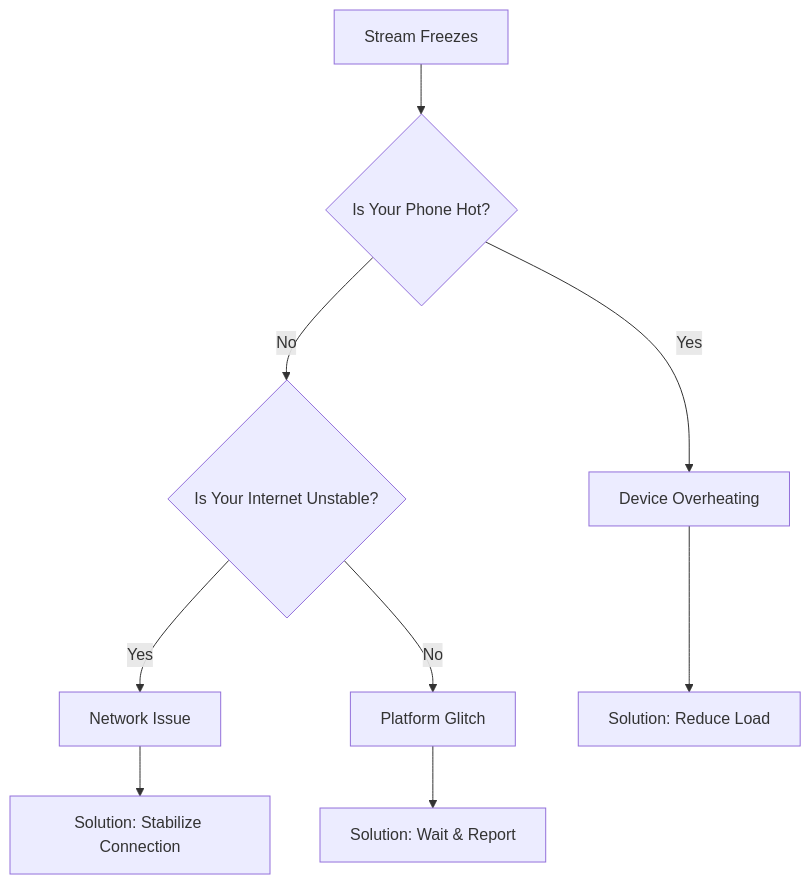
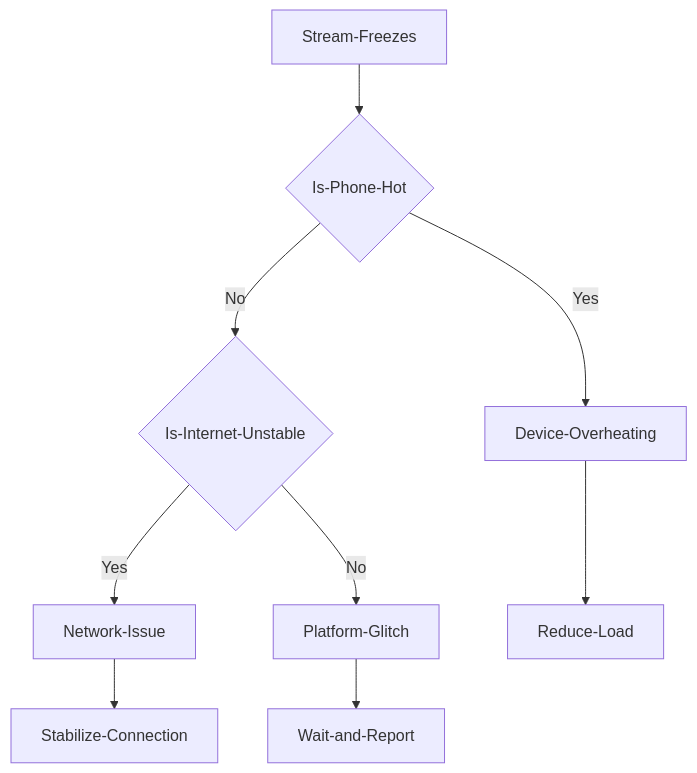
One commit to littl3-boat/ttwise changed the diagram in data/blog/tiktok-live-freezing-mid-stream-fix-2026.mdx. Above: the diagram before and after it, drawn with Mermaid. The commit also changed 35 other files, not shown here.

First line of the commit message:
feat: fix Mermaid diagram syntax across blog posts and add new Reddit-sourced blog entries

````diff
--- a/data/blog/tiktok-live-freezing-mid-stream-fix-2026.mdx
+++ b/data/blog/tiktok-live-freezing-mid-stream-fix-2026.mdx
@@ -25,12 +25,12 @@
 ```mermaid
-graph TD
-    A[Stream Freezes] --> B{Is Your Phone Hot?};
-    B -->|Yes| C[Device Overheating];
-    B -->|No| D{Is Your Internet Unstable?};
-    D -->|Yes| E[Network Issue];
-    D -->|No| F[Platform Glitch];
+flowchart TD
+    A[Stream-Freezes] --> B{Is-Phone-Hot}
+    B -->|Yes| C[Device-Overheating]
+    B -->|No| D{Is-Internet-Unstable}
+    D -->|Yes| E[Network-Issue]
+    D -->|No| F[Platform-Glitch]
 
-    C --> G[Solution: Reduce Load];
-    E --> H[Solution: Stabilize Connection];
-    F --> I[Solution: Wait & Report];
+    C --> G[Reduce-Load]
+    E --> H[Stabilize-Connection]
+    F --> I[Wait-and-Report]
 ```
````
